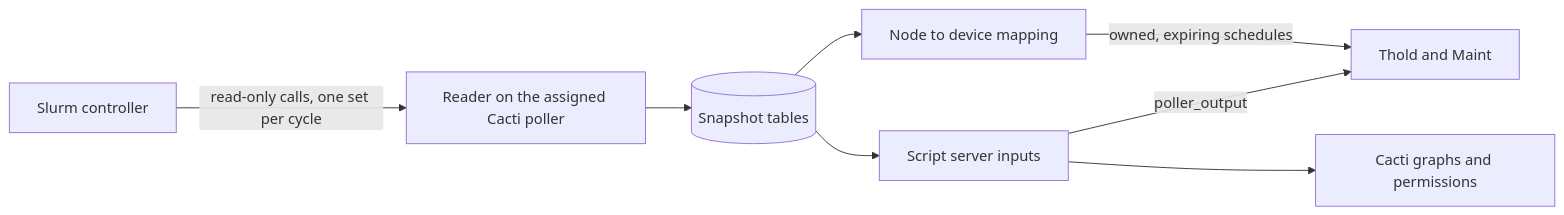
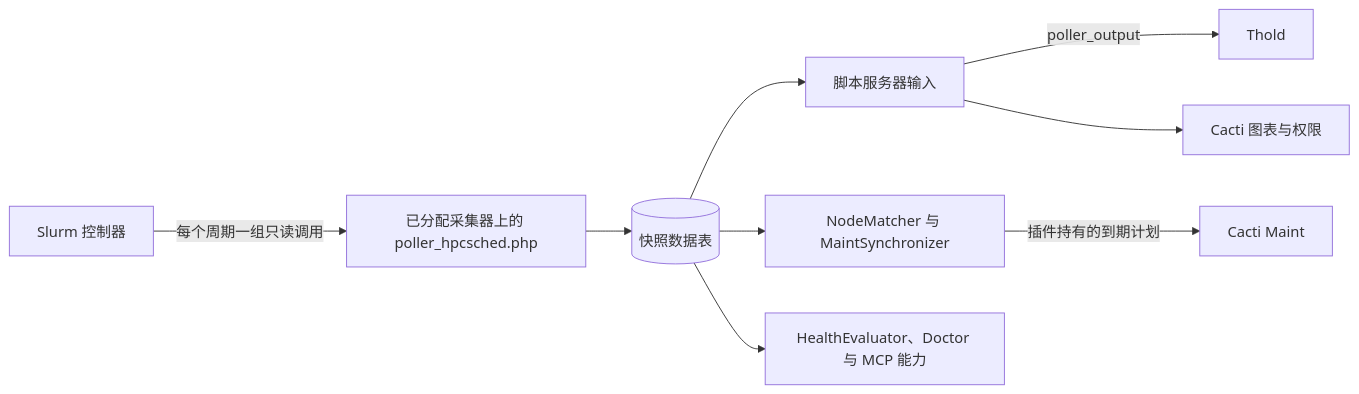
Before and after one commit to somethingwithproof/plugin_hpcsched: the diagram in docs/i18n/zh-CN/README.md, drawn with Mermaid. The commit also changed other lines of this file and 48 other files, not shown here.

````diff
--- a/docs/i18n/zh-CN/README.md
+++ b/docs/i18n/zh-CN/README.md
@@ -107,10 +163,11 @@
 ```mermaid
 flowchart LR
-    S[Slurm controller] -->|read-only calls, one set per cycle| R[Reader on the assigned Cacti poller]
-    R --> SNAP[(Snapshot tables)]
-    SNAP --> SS[Script server inputs]
-    SS -->|poller_output| T[Thold and Maint]
-    SS --> G[Cacti graphs and permissions]
-    SNAP --> MAP[Node to device mapping]
-    MAP -->|owned, expiring schedules| T
+    S[Slurm 控制器] -->|每个周期一组只读调用| R[已分配采集器上的 poller_hpcsched.php]
+    R --> SNAP[(快照数据表)]
+    SNAP --> SS[脚本服务器输入]
+    SS -->|poller_output| T[Thold]
+    SS --> G[Cacti 图表与权限]
+    SNAP --> MAP[NodeMatcher 与 MaintSynchronizer]
+    MAP -->|插件持有的到期计划| M[Cacti Maint]
+    SNAP --> H[HealthEvaluator、Doctor 与 MCP 能力]
 ```
````
